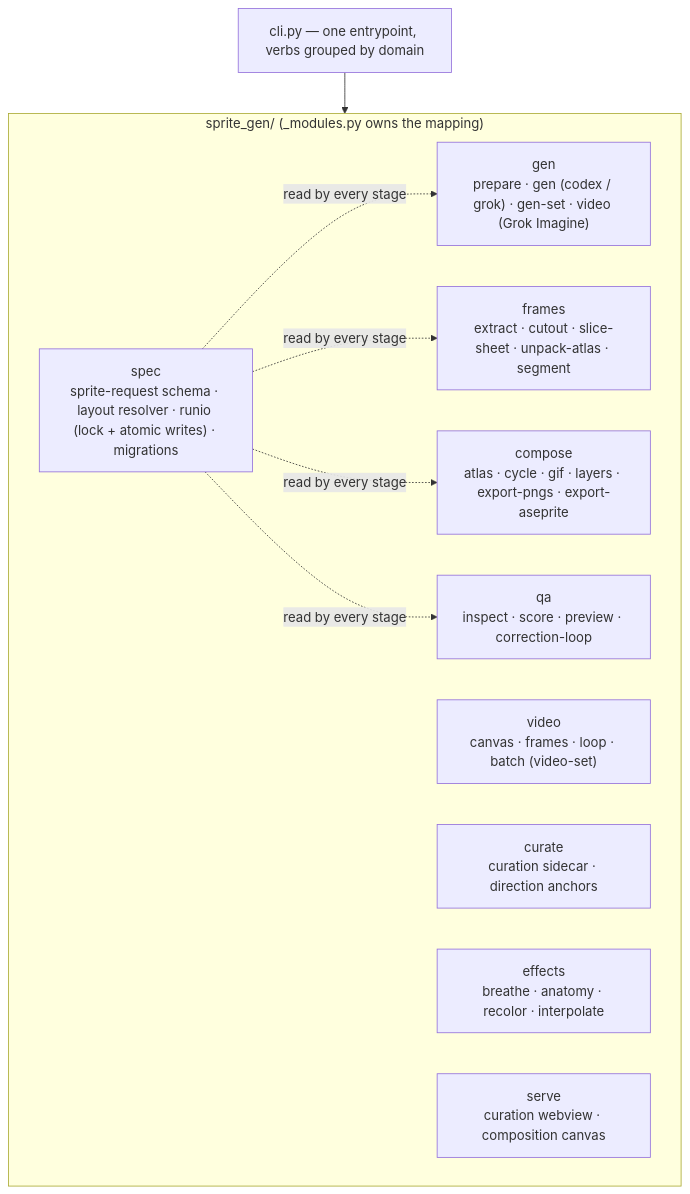
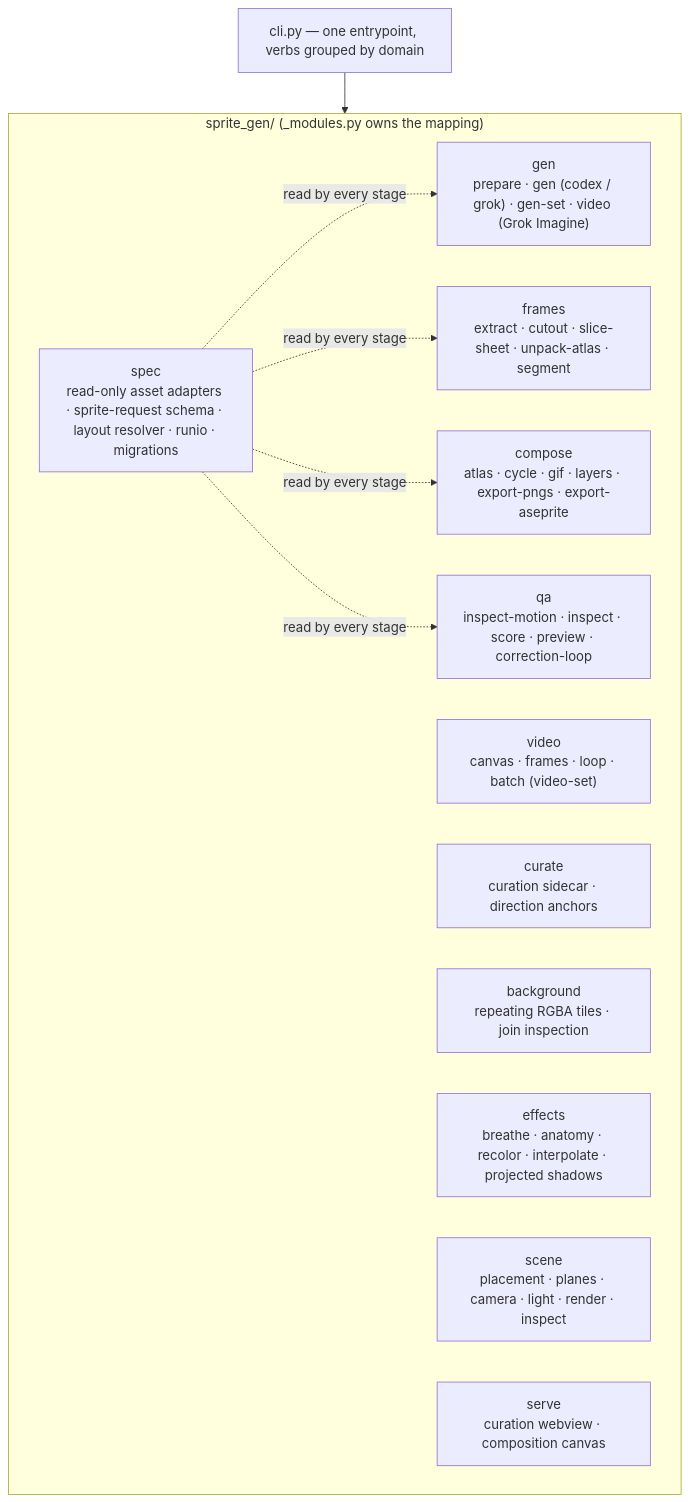
Before and after one commit to gabrielmoreira/agent-skills-mirror: the first of 3 diagrams in mirrors/repos/aldegad@sprite-gen/docs/architecture.md, drawn with Mermaid. The commit also changed other lines of this file and 5722 other files, not shown here.

````diff
--- a/mirrors/repos/aldegad@sprite-gen/docs/architecture.md
+++ b/mirrors/repos/aldegad@sprite-gen/docs/architecture.md
@@ -33,17 +33,19 @@
 ```mermaid
 flowchart TB
     subgraph pkg["sprite_gen/  (_modules.py owns the mapping)"]
         direction LR
-        spec["spec<br/>sprite-request schema · layout resolver · runio (lock + atomic writes) · migrations"]
+        spec["spec<br/>read-only asset adapters · sprite-request schema · layout resolver · runio · migrations"]
         gen["gen<br/>prepare · gen (codex / grok) · gen-set · video (Grok Imagine)"]
         video["video<br/>canvas · frames · loop · batch (video-set)"]
         frames["frames<br/>extract · cutout · slice-sheet · unpack-atlas · segment"]
         curate["curate<br/>curation sidecar · direction anchors"]
         compose["compose<br/>atlas · cycle · gif · layers · export-pngs · export-aseprite"]
-        effects["effects<br/>breathe · anatomy · recolor · interpolate"]
-        qa["qa<br/>inspect · score · preview · correction-loop"]
+        background["background<br/>repeating RGBA tiles · join inspection"]
+        effects["effects<br/>breathe · anatomy · recolor · interpolate · projected shadows"]
+        qa["qa<br/>inspect-motion · inspect · score · preview · correction-loop"]
+        scene["scene<br/>placement · planes · camera · light · render · inspect"]
         serve["serve<br/>curation webview · composition canvas"]
     end
     cli["cli.py — one entrypoint, verbs grouped by domain"] --> pkg
     spec -.read by every stage.-> gen & frames & compose & qa
 ```
````
